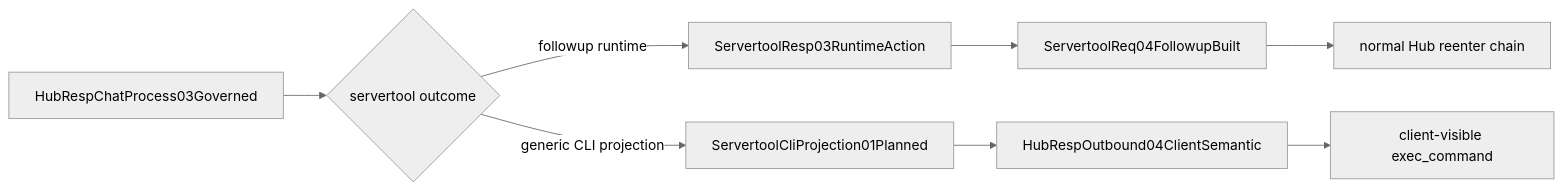
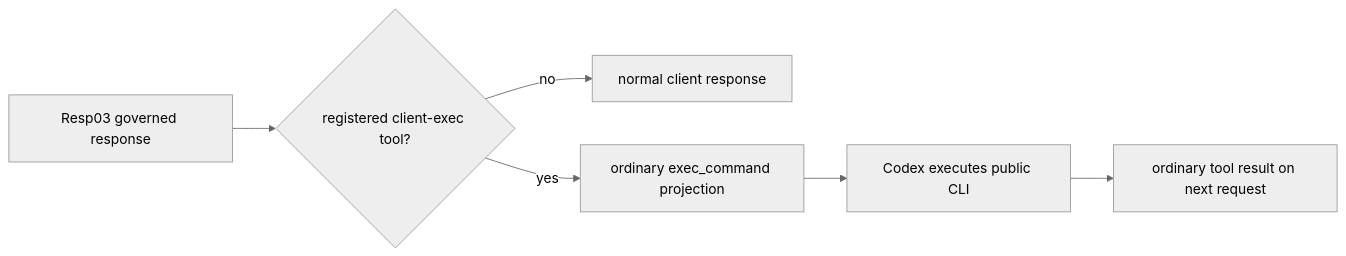
Before and after one commit to Jasonzhangf/routecodex: the second of 2 diagrams in v3/build-contracts/architecture-admission/repo/docs/architecture/wiki/servertool-followup-call-graph.md, drawn with Mermaid (neutral theme). The commit also changed other lines of this file and 26 other files, not shown here.

````diff
--- a/v3/build-contracts/architecture-admission/repo/docs/architecture/wiki/servertool-followup-call-graph.md
+++ b/v3/build-contracts/architecture-admission/repo/docs/architecture/wiki/servertool-followup-call-graph.md
@@ -70,12 +58,8 @@
 ```mermaid
 flowchart LR
-  A["HubRespChatProcess03Governed"] --> B{"servertool outcome"}
-  B -->|followup runtime| C["ServertoolResp03RuntimeAction"]
-  C --> D["ServertoolReq04FollowupBuilt"]
-  D --> E["normal Hub reenter chain"]
-
-  B -->|generic CLI projection| F["ServertoolCliProjection01Planned"]
-  F --> G["HubRespOutbound04ClientSemantic"]
-  G --> H["client-visible exec_command"]
-
+  A["Resp03 governed response"] --> B{"registered client-exec tool?"}
+  B -->|no| C["normal client response"]
+  B -->|yes| D["ordinary exec_command projection"]
+  D --> E["Codex executes public CLI"]
+  E --> F["ordinary tool result on next request"]
 ```
````
